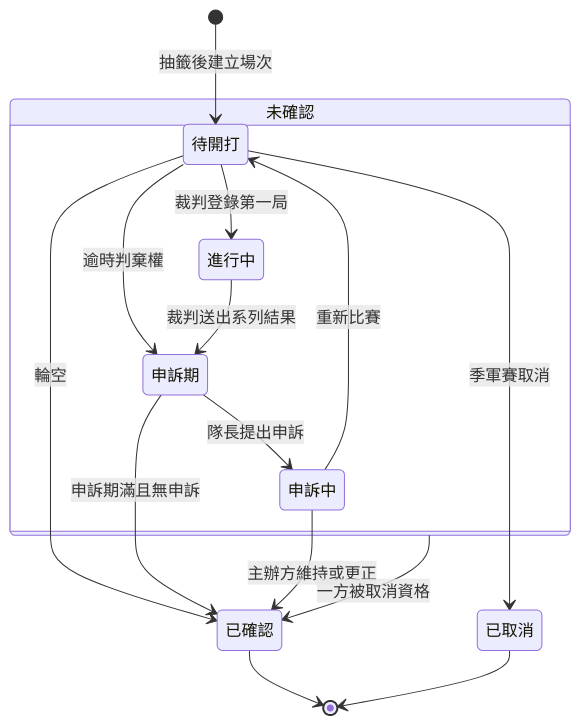
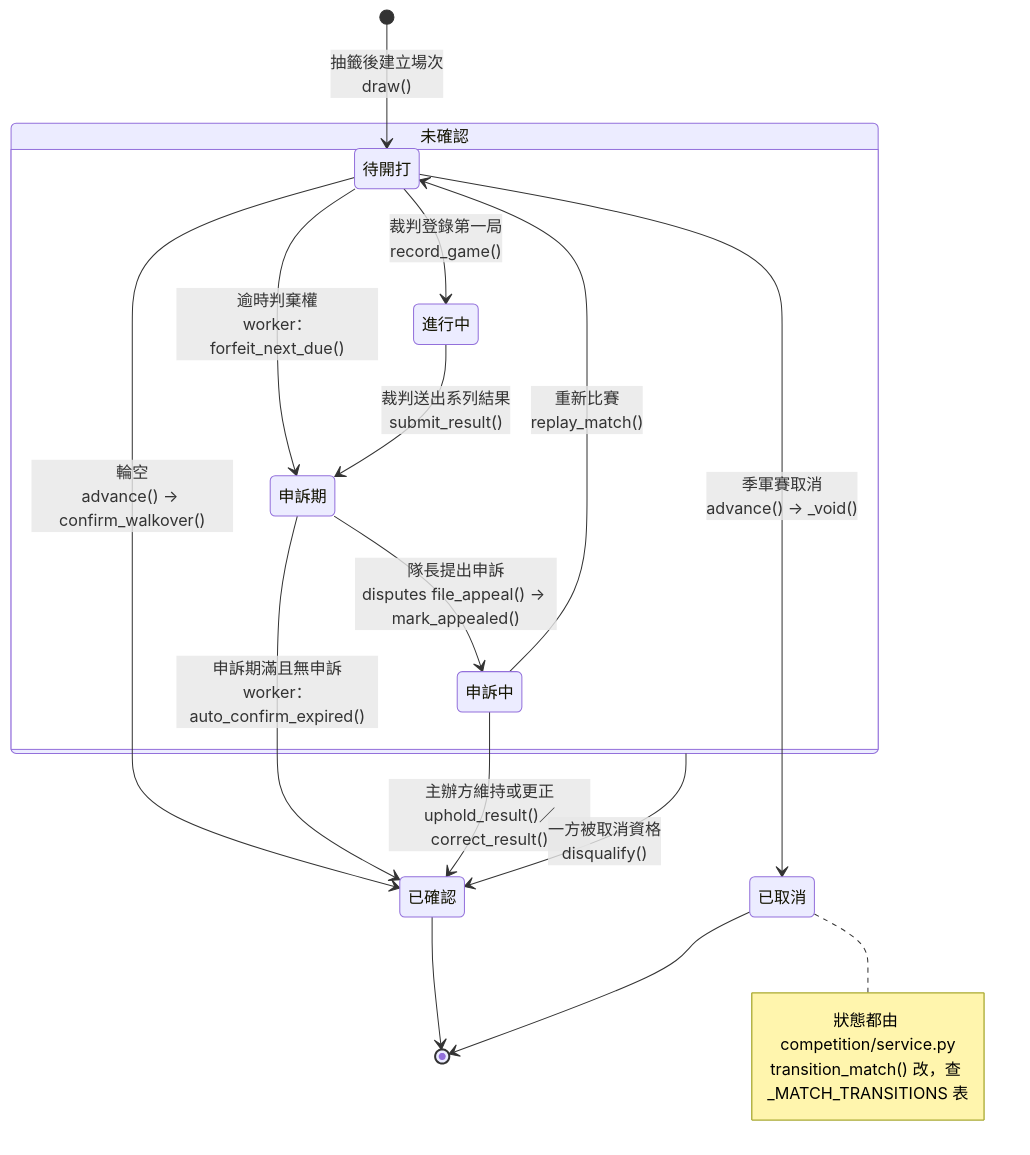
One commit to Team14good/esport-platform changed the third of 19 diagrams in docs/midterm/B-軟體需求分析文件.md. Above: the diagram before and after it, drawn with Mermaid. The commit also changed other lines of this file and 27 other files, not shown here.

First line of the commit message:
docs: B、C、D 其餘的圖全部對照程式標註

````diff
--- a/docs/midterm/B-軟體需求分析文件.md
+++ b/docs/midterm/B-軟體需求分析文件.md
@@ -662,26 +663,30 @@
 ```mermaid
 %%{init: {"themeCSS": ".edgeLabels .edgeLabel:nth-of-type(13) foreignObject { transform: translate(14px, 14px); }"}}%%
 stateDiagram-v2
   %% 第 13 個轉換標籤（一方被取消資格）往右下移，避免與「主辦方維持或更正」重疊；增刪轉換時要重新確認序號
   state "已確認" as confirmed
   state "已取消" as voided
   state "未確認" as unconfirmed {
     state "待開打" as scheduled
     state "進行中" as live
     state "申訴期" as appeal_window
     state "申訴中" as appealed
-    scheduled --> live : 裁判登錄第一局
-    scheduled --> appeal_window : 逾時判棄權
-    live --> appeal_window : 裁判送出系列結果
-    appeal_window --> appealed : 隊長提出申訴
-    appealed --> scheduled : 重新比賽
+    scheduled --> live : 裁判登錄第一局<br/>record_game()
+    scheduled --> appeal_window : 逾時判棄權<br/>worker：forfeit_next_due()
+    live --> appeal_window : 裁判送出系列結果<br/>submit_result()
+    appeal_window --> appealed : 隊長提出申訴<br/>disputes file_appeal() → mark_appealed()
+    appealed --> scheduled : 重新比賽<br/>replay_match()
   }
-  [*] --> scheduled : 抽籤後建立場次
-  unconfirmed --> confirmed : 一方被取消資格
-  scheduled --> confirmed : 輪空
-  scheduled --> voided : 季軍賽取消
-  appeal_window --> confirmed : 申訴期滿且無申訴
-  appealed --> confirmed : 主辦方維持或更正
+  [*] --> scheduled : 抽籤後建立場次<br/>draw()
+  unconfirmed --> confirmed : 一方被取消資格<br/>disqualify()
+  scheduled --> confirmed : 輪空<br/>advance() → confirm_walkover()
+  scheduled --> voided : 季軍賽取消<br/>advance() → _void()
+  appeal_window --> confirmed : 申訴期滿且無申訴<br/>worker：auto_confirm_expired()
+  appealed --> confirmed : 主辦方維持或更正<br/>uphold_result()／correct_result()
   confirmed --> [*]
   voided --> [*]
+  note right of voided
+    狀態都由 competition/service.py
+    transition_match() 改，查 _MATCH_TRANSITIONS 表
+  end note
 ```
````
